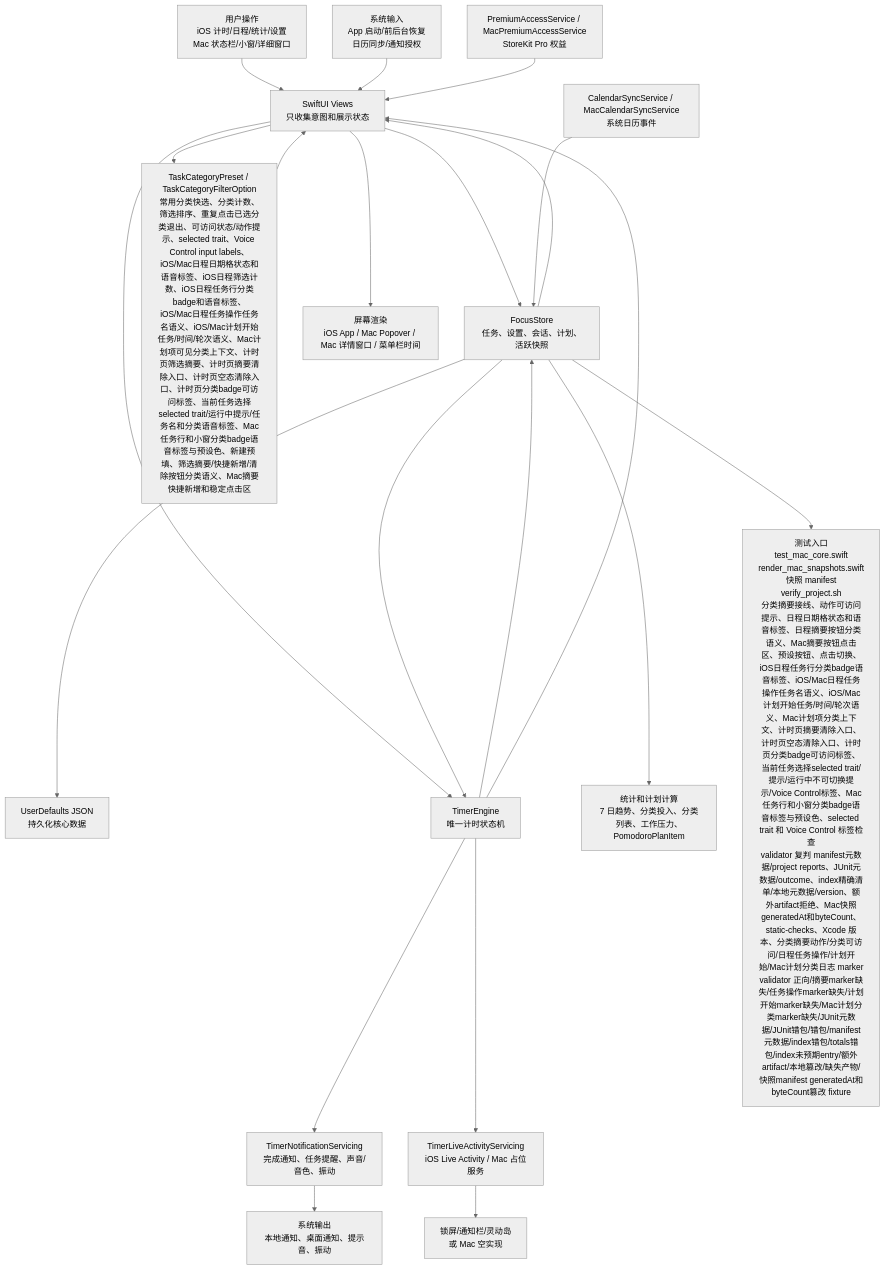
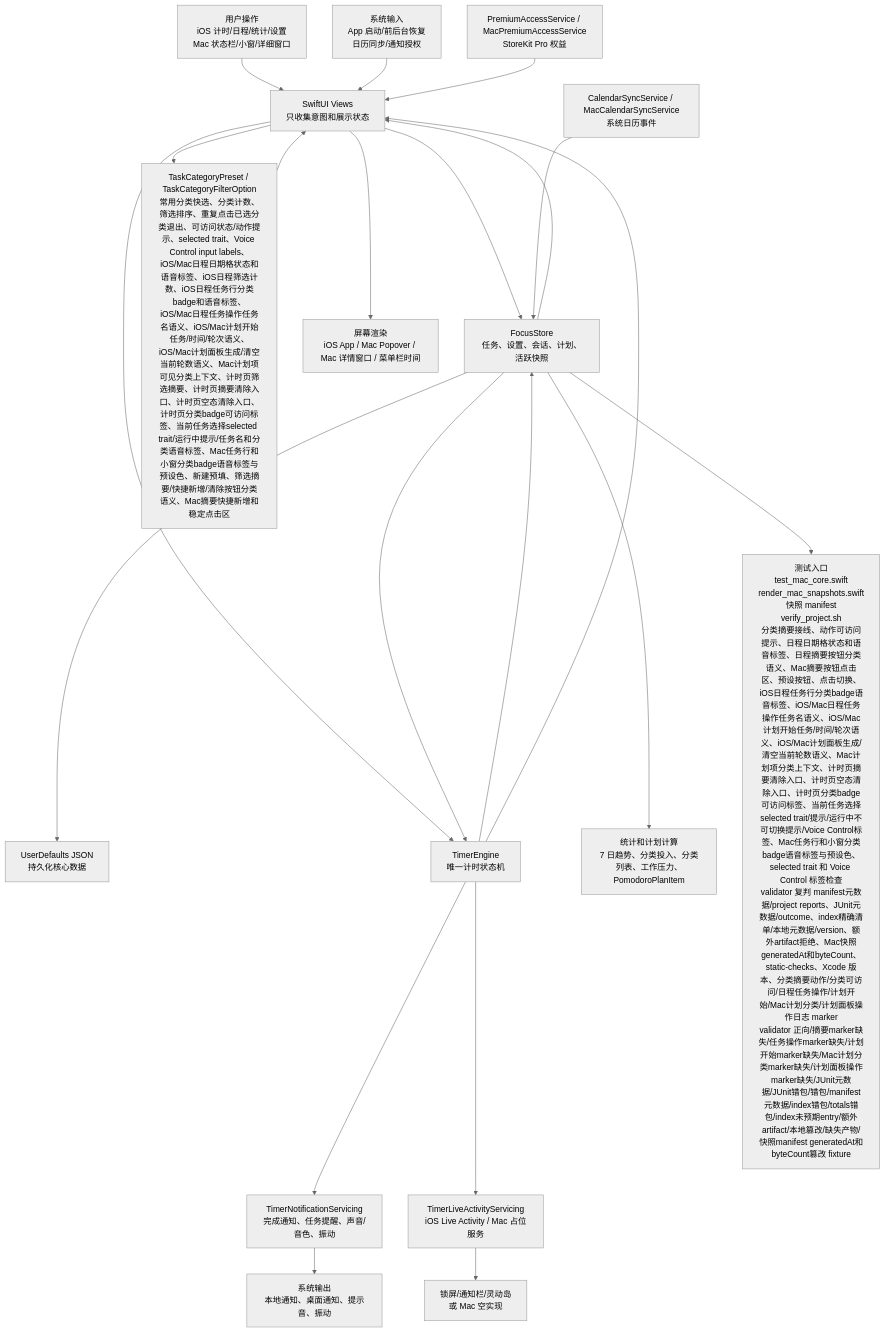
One commit to Altman-sam114/114 changed the first of 6 diagrams in md/flow/flowchart.md. Above: the diagram before and after it, drawn with Mermaid (neutral theme). The commit also changed other lines of this file and 9 other files, not shown here.

````diff
--- a/md/flow/flowchart.md
+++ b/md/flow/flowchart.md
@@ -9,23 +9,23 @@
 ```mermaid
 flowchart TD
   U["用户操作<br/>iOS 计时/日程/统计/设置<br/>Mac 状态栏/小窗/详细窗口"] --> V["SwiftUI Views<br/>只收集意图和展示状态"]
   SYS["系统输入<br/>App 启动/前后台恢复<br/>日历同步/通知授权"] --> V
   V --> S["FocusStore<br/>任务、设置、会话、计划、活跃快照"]
-  V --> CAT["TaskCategoryPreset / TaskCategoryFilterOption<br/>常用分类快选、分类计数、筛选排序、重复点击已选分类退出、可访问状态/动作提示、selected trait、Voice Control input labels、iOS/Mac日程日期格状态和语音标签、iOS日程筛选计数、iOS日程任务行分类badge和语音标签、iOS/Mac日程任务操作任务名语义、iOS/Mac计划开始任务/时间/轮次语义、Mac计划项可见分类上下文、计时页筛选摘要、计时页摘要清除入口、计时页空态清除入口、计时页分类badge可访问标签、当前任务选择selected trait/运行中提示/任务名和分类语音标签、Mac任务行和小窗分类badge语音标签与预设色、新建预填、筛选摘要/快捷新增/清除按钮分类语义、Mac摘要快捷新增和稳定点击区"]
+  V --> CAT["TaskCategoryPreset / TaskCategoryFilterOption<br/>常用分类快选、分类计数、筛选排序、重复点击已选分类退出、可访问状态/动作提示、selected trait、Voice Control input labels、iOS/Mac日程日期格状态和语音标签、iOS日程筛选计数、iOS日程任务行分类badge和语音标签、iOS/Mac日程任务操作任务名语义、iOS/Mac计划开始任务/时间/轮次语义、iOS/Mac计划面板生成/清空当前轮数语义、Mac计划项可见分类上下文、计时页筛选摘要、计时页摘要清除入口、计时页空态清除入口、计时页分类badge可访问标签、当前任务选择selected trait/运行中提示/任务名和分类语音标签、Mac任务行和小窗分类badge语音标签与预设色、新建预填、筛选摘要/快捷新增/清除按钮分类语义、Mac摘要快捷新增和稳定点击区"]
   CAT --> V
   S --> P["UserDefaults JSON<br/>持久化核心数据"]
   V --> E["TimerEngine<br/>唯一计时状态机"]
   S --> E
   E --> S
   E --> N["TimerNotificationServicing<br/>完成通知、任务提醒、声音/音色、振动"]
   E --> L["TimerLiveActivityServicing<br/>iOS Live Activity / Mac 占位服务"]
   S --> C["统计和计划计算<br/>7 日趋势、分类投入、分类列表、工作压力、PomodoroPlanItem"]
   CAL["CalendarSyncService / MacCalendarSyncService<br/>系统日历事件"] --> S
   PRO["PremiumAccessService / MacPremiumAccessService<br/>StoreKit Pro 权益"] --> V
   S --> V
   E --> V
   V --> OUT["屏幕渲染<br/>iOS App / Mac Popover / Mac 详情窗口 / 菜单栏时间"]
   N --> OUT2["系统输出<br/>本地通知、桌面通知、提示音、振动"]
   L --> OUT3["锁屏/通知栏/灵动岛<br/>或 Mac 空实现"]
-  S --> T["测试入口<br/>test_mac_core.swift<br/>render_mac_snapshots.swift<br/>快照 manifest<br/>verify_project.sh<br/>分类摘要接线、动作可访问提示、日程日期格状态和语音标签、日程摘要按钮分类语义、Mac摘要按钮点击区、预设按钮、点击切换、iOS日程任务行分类badge语音标签、iOS/Mac日程任务操作任务名语义、iOS/Mac计划开始任务/时间/轮次语义、Mac计划项分类上下文、计时页摘要清除入口、计时页空态清除入口、计时页分类badge可访问标签、当前任务选择selected trait/提示/运行中不可切换提示/Voice Control标签、Mac任务行和小窗分类badge语音标签与预设色、selected trait 和 Voice Control 标签检查<br/>validator 复判 manifest元数据/project reports、JUnit元数据/outcome、index精确清单/本地元数据/version、额外artifact拒绝、Mac快照generatedAt和byteCount、static-checks、Xcode 版本、分类摘要动作/分类可访问/日程任务操作/计划开始/Mac计划分类日志 marker<br/>validator 正向/摘要marker缺失/任务操作marker缺失/计划开始marker缺失/Mac计划分类marker缺失/JUnit元数据/JUnit错包/错包/manifest元数据/index错包/totals错包/index未预期entry/额外artifact/本地篡改/缺失产物/快照manifest generatedAt和byteCount篡改 fixture"]
+  S --> T["测试入口<br/>test_mac_core.swift<br/>render_mac_snapshots.swift<br/>快照 manifest<br/>verify_project.sh<br/>分类摘要接线、动作可访问提示、日程日期格状态和语音标签、日程摘要按钮分类语义、Mac摘要按钮点击区、预设按钮、点击切换、iOS日程任务行分类badge语音标签、iOS/Mac日程任务操作任务名语义、iOS/Mac计划开始任务/时间/轮次语义、iOS/Mac计划面板生成/清空当前轮数语义、Mac计划项分类上下文、计时页摘要清除入口、计时页空态清除入口、计时页分类badge可访问标签、当前任务选择selected trait/提示/运行中不可切换提示/Voice Control标签、Mac任务行和小窗分类badge语音标签与预设色、selected trait 和 Voice Control 标签检查<br/>validator 复判 manifest元数据/project reports、JUnit元数据/outcome、index精确清单/本地元数据/version、额外artifact拒绝、Mac快照generatedAt和byteCount、static-checks、Xcode 版本、分类摘要动作/分类可访问/日程任务操作/计划开始/Mac计划分类/计划面板操作日志 marker<br/>validator 正向/摘要marker缺失/任务操作marker缺失/计划开始marker缺失/Mac计划分类marker缺失/计划面板操作marker缺失/JUnit元数据/JUnit错包/错包/manifest元数据/index错包/totals错包/index未预期entry/额外artifact/本地篡改/缺失产物/快照manifest generatedAt和byteCount篡改 fixture"]
 ```
````
